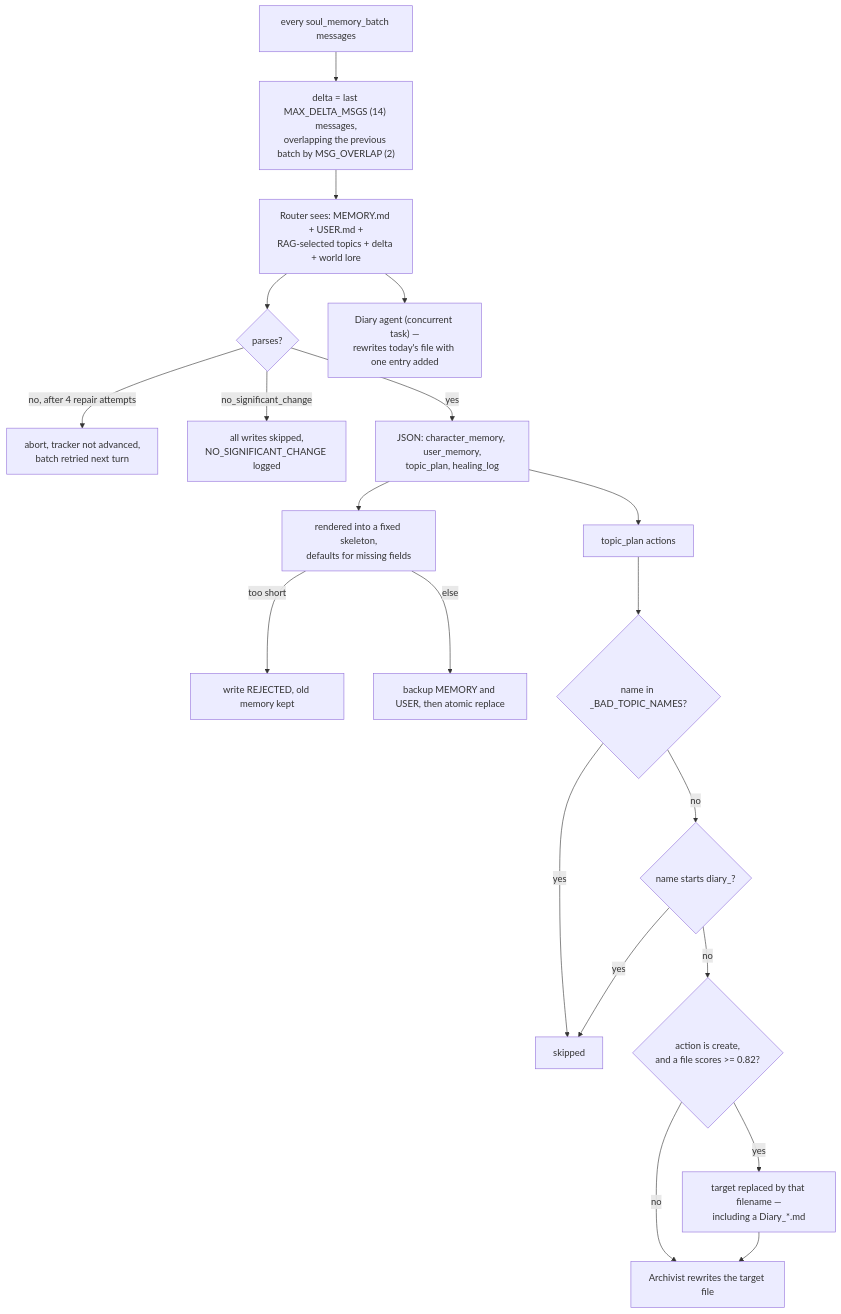
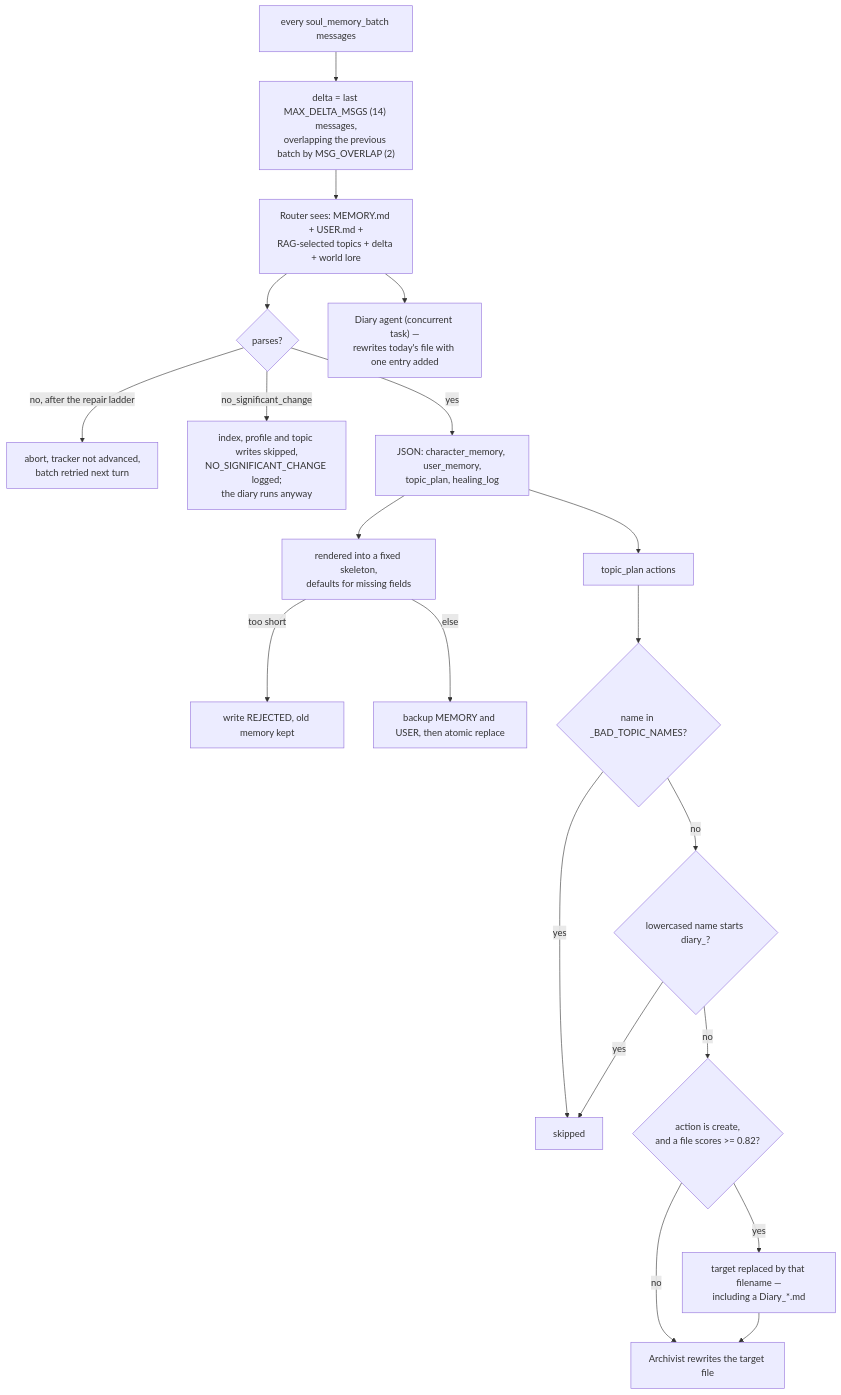
Before and after one commit to neoneye/agent-memory-atlas: the first of 2 diagrams in content/systems/soul-of-waifu.md, drawn with Mermaid. The commit also changed other lines of this file and 12 other files, not shown here.

````diff
--- a/content/systems/soul-of-waifu.md
+++ b/content/systems/soul-of-waifu.md
@@ -104,23 +121,23 @@
 ```mermaid
 %% caption: the two filename guards run before the de-duplication step, and the file the second guard names can be handed back by the step below it
 flowchart TB
     B["every soul_memory_batch messages"] --> D["delta = last MAX_DELTA_MSGS (14) messages,<br/>overlapping the previous batch by MSG_OVERLAP (2)"]
     D --> R["Router sees: MEMORY.md + USER.md +<br/>RAG-selected topics + delta + world lore"]
     R --> P{"parses?"}
-    P -->|"no, after 4 repair attempts"| RT["abort, tracker not advanced,<br/>batch retried next turn"]
-    P -->|"no_significant_change"| NOP["all writes skipped,<br/>NO_SIGNIFICANT_CHANGE logged"]
+    P -->|"no, after the repair ladder"| RT["abort, tracker not advanced,<br/>batch retried next turn"]
+    P -->|"no_significant_change"| NOP["index, profile and topic writes skipped,<br/>NO_SIGNIFICANT_CHANGE logged;<br/>the diary runs anyway"]
     P -->|"yes"| J["JSON: character_memory, user_memory,<br/>topic_plan, healing_log"]
     J --> REN["rendered into a fixed skeleton,<br/>defaults for missing fields"]
     REN -->|too short| REJ["write REJECTED, old memory kept"]
     REN -->|else| BK["backup MEMORY and USER, then atomic replace"]
     J --> TP["topic_plan actions"]
     TP --> G1{"name in _BAD_TOPIC_NAMES?"}
     G1 -->|yes| SKIP[skipped]
-    G1 -->|no| G2{"name starts diary_?"}
+    G1 -->|no| G2{"lowercased name starts diary_?"}
     G2 -->|yes| SKIP
     G2 -->|no| DD{"action is create,<br/>and a file scores >= 0.82?"}
     DD -->|yes| RED["target replaced by that filename —<br/>including a Diary_*.md"]
     DD -->|no| ARC
     RED --> ARC["Archivist rewrites the target file"]
     R --> DIA["Diary agent (concurrent task) —<br/>rewrites today's file with one entry added"]
 ```
````
